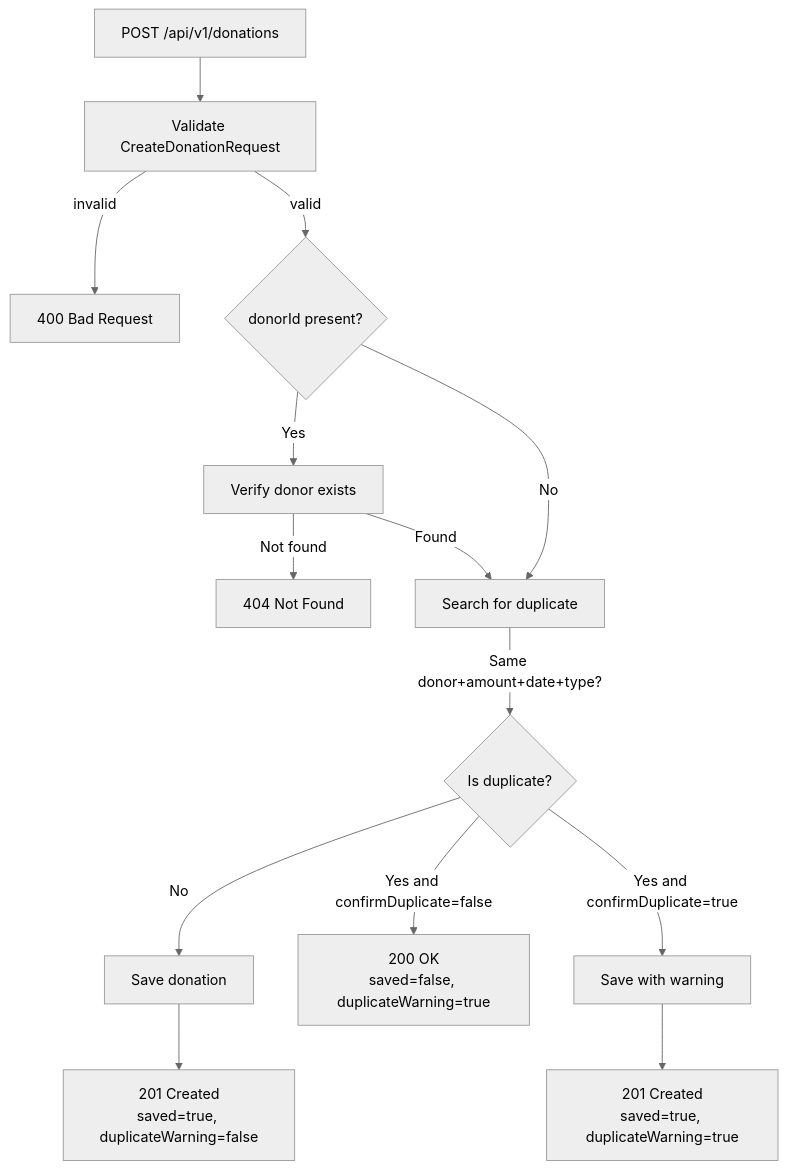
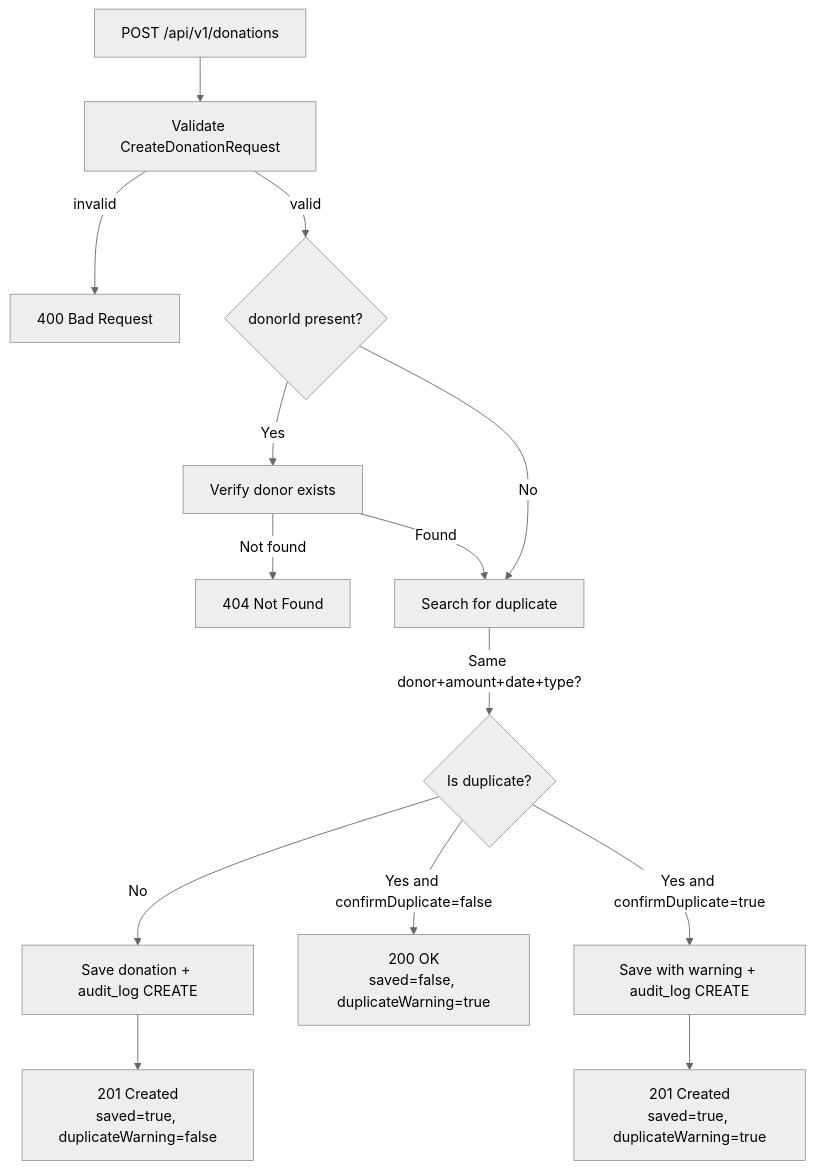
Before and after one commit to jorgetroya80/donations-api: the sixth of 12 diagrams in docs/architecture.md, drawn with Mermaid (neutral theme). The commit also changed other lines of this file and 17 other files, not shown here.

First line of the commit message:
feat: append-only audit log of who and when per change (#58)

````diff
--- a/docs/architecture.md
+++ b/docs/architecture.md
@@ -419,16 +436,16 @@
 ```mermaid
 flowchart TD
     A[POST /api/v1/donations] --> B[Validate CreateDonationRequest]
     B -->|invalid| C[400 Bad Request]
     B -->|valid| D{donorId present?}
     D -->|Yes| E[Verify donor exists]
     E -->|Not found| F[404 Not Found]
     E -->|Found| G[Search for duplicate]
     D -->|No| G
     G -->|"Same donor+amount+date+type?"| H{Is duplicate?}
-    H -->|No| I[Save donation]
+    H -->|No| I[Save donation + audit_log CREATE]
     H -->|Yes and confirmDuplicate=false| J["200 OK<br/>saved=false, duplicateWarning=true"]
-    H -->|Yes and confirmDuplicate=true| K[Save with warning]
+    H -->|Yes and confirmDuplicate=true| K[Save with warning + audit_log CREATE]
     I --> L["201 Created<br/>saved=true, duplicateWarning=false"]
     K --> M["201 Created<br/>saved=true, duplicateWarning=true"]
 ```
````
